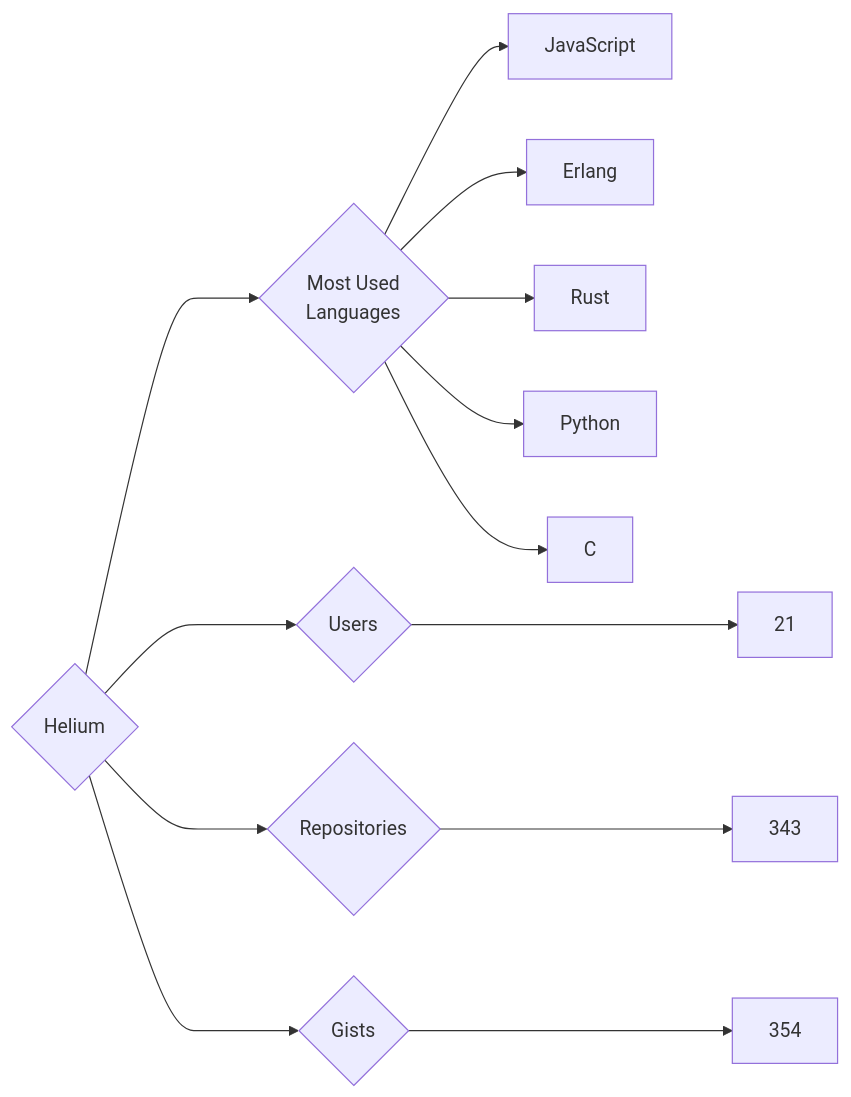
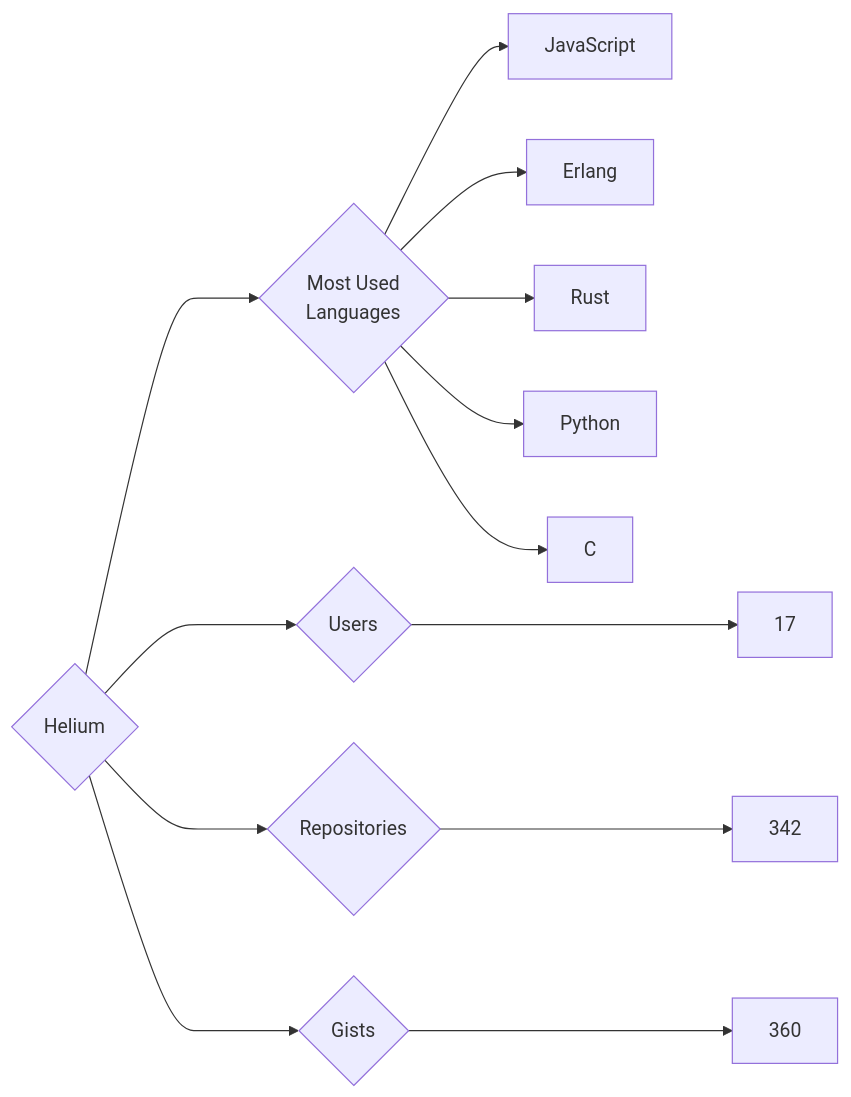
Before and after one commit to trickest/insiders: the diagram in targets/Helium/README.md, drawn with Mermaid. The commit also changed 676 other files, not shown here.

````diff
--- a/targets/Helium/README.md
+++ b/targets/Helium/README.md
@@ -3,13 +3,13 @@
 ```mermaid
 graph LR
 COMPANY_NAME{Helium}
-COMPANY_NAME ---> U{Users} ---> UN[21]
-COMPANY_NAME ---> R{Repositories} ---> RN[343]
-COMPANY_NAME ---> G{Gists} ---> GN[354]
+COMPANY_NAME ---> U{Users} ---> UN[17]
+COMPANY_NAME ---> R{Repositories} ---> RN[342]
+COMPANY_NAME ---> G{Gists} ---> GN[360]
 COMPANY_NAME ---> ML{Most Used<br>Languages}
 ML --> JavaScript[JavaScript]
 ML --> Erlang[Erlang]
 ML --> Rust[Rust]
 ML --> Python[Python]
 ML --> C[C]
 ```
````
